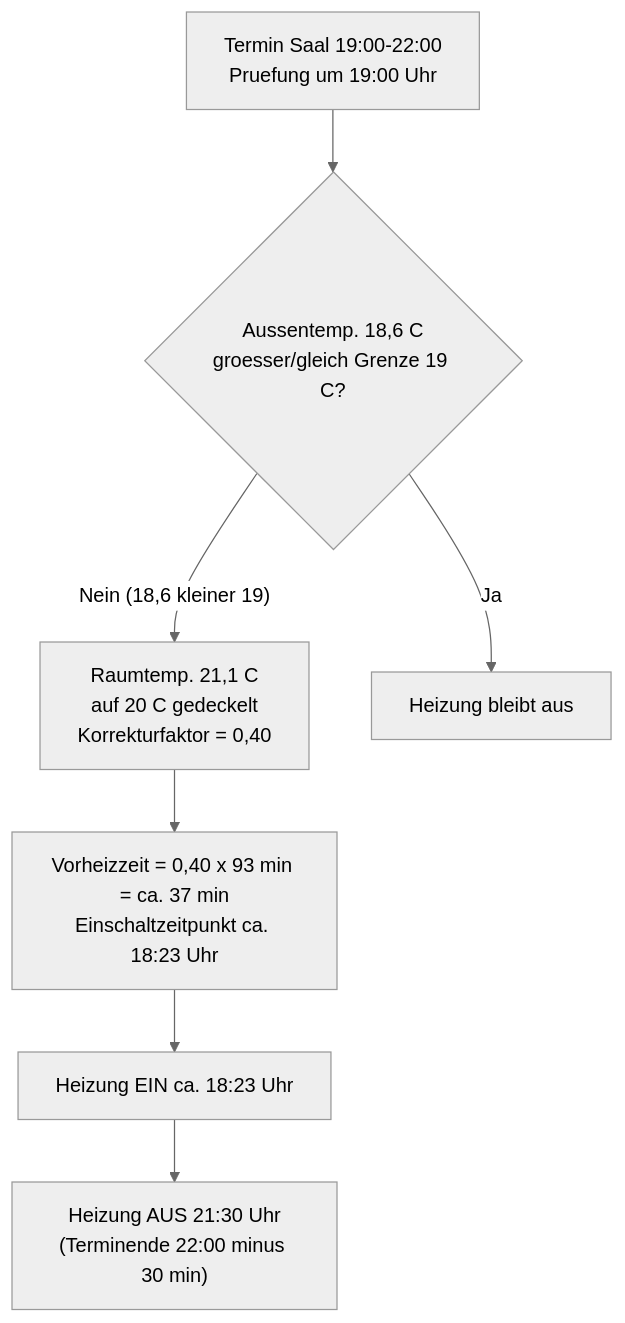
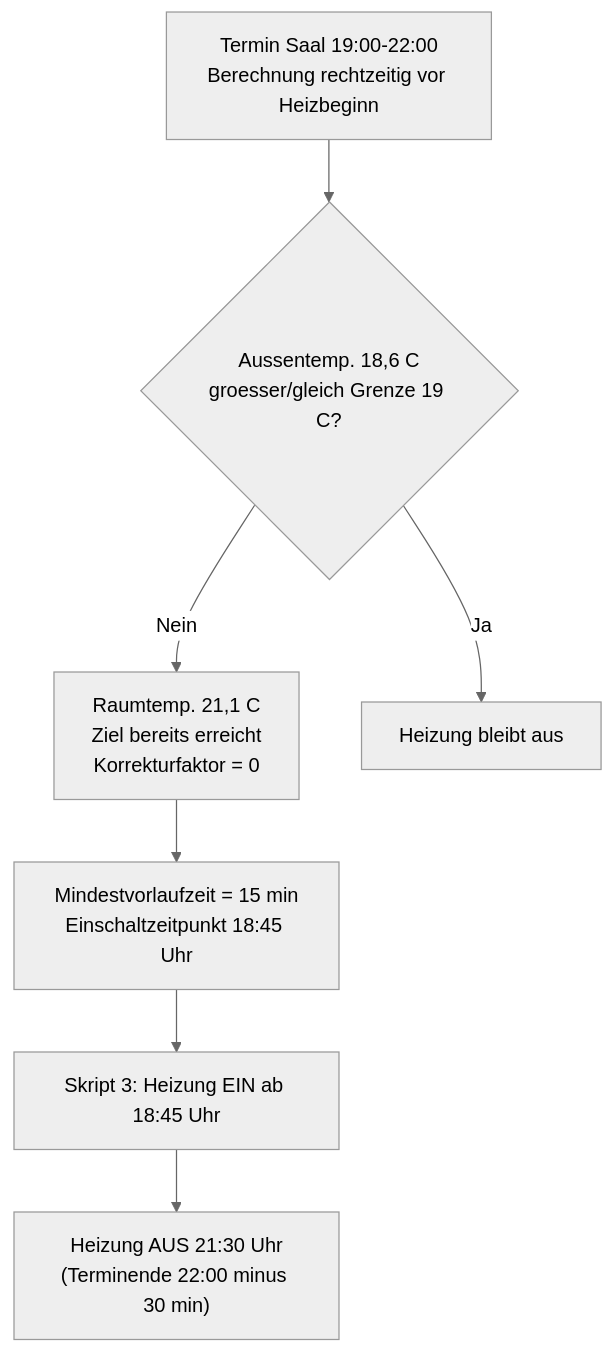
Before and after one commit to xMRi/Homematic-Heizungskalender: the first of 3 diagrams in docs/heizkalender/heizsteuerung-vorheizzeit.md, drawn with Mermaid (neutral theme). The commit also changed other lines of this file and 6 other files, not shown here.

````diff
--- a/docs/heizkalender/heizsteuerung-vorheizzeit.md
+++ b/docs/heizkalender/heizsteuerung-vorheizzeit.md
@@ -266,9 +270,9 @@
 ```mermaid
 flowchart TD
-    Start["Termin Saal 19:00-22:00<br/>Pruefung um 19:00 Uhr"] --> AT{"Aussentemp. 18,6 C<br/>groesser/gleich Grenze 19 C?"}
-    AT -->|"Nein (18,6 kleiner 19)"| Faktor["Raumtemp. 21,1 C<br/>auf 20 C gedeckelt<br/>Korrekturfaktor = 0,40"]
+    Start["Termin Saal 19:00-22:00<br/>Berechnung rechtzeitig vor Heizbeginn"] --> AT{"Aussentemp. 18,6 C<br/>groesser/gleich Grenze 19 C?"}
+    AT -->|"Nein"| Faktor["Raumtemp. 21,1 C<br/>Ziel bereits erreicht<br/>Korrekturfaktor = 0"]
     AT -->|"Ja"| Aus1["Heizung bleibt aus"]
-    Faktor --> VZ["Vorheizzeit = 0,40 x 93 min = ca. 37 min<br/>Einschaltzeitpunkt ca. 18:23 Uhr"]
-    VZ --> Ein["Heizung EIN ca. 18:23 Uhr"]
+    Faktor --> VZ["Mindestvorlaufzeit = 15 min<br/>Einschaltzeitpunkt 18:45 Uhr"]
+    VZ --> Ein["Skript 3: Heizung EIN ab 18:45 Uhr"]
     Ein --> AusZeit["Heizung AUS 21:30 Uhr<br/>(Terminende 22:00 minus 30 min)"]
 ```
````
